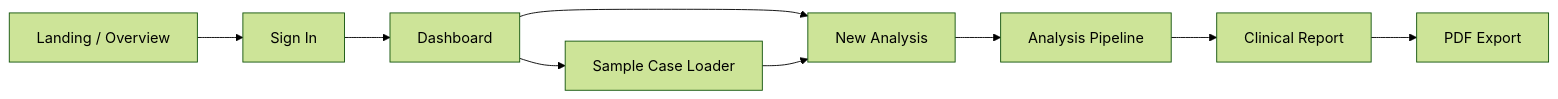
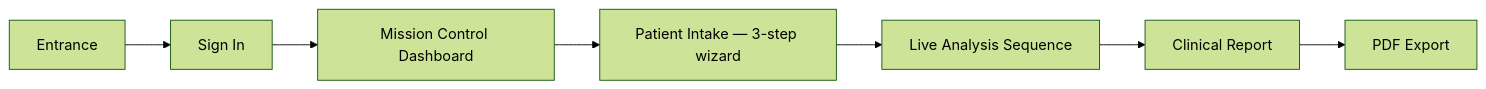
One commit to vishva2410/ONCO-DETECT- changed the first of 5 diagrams in oncodetect/README.md. Above: the diagram before and after it, drawn with Mermaid (forest theme). The commit also changed other lines of this file, not shown here.

Commit message:
docs: update README for v2.0 Mission Control UI redesign

````diff
--- a/oncodetect/README.md
+++ b/oncodetect/README.md
@@ -64,12 +82,9 @@
 ```mermaid
 flowchart LR
-    A["Landing / Overview"] --> B["Sign In"]
-    B --> C["Dashboard"]
-    C --> D["New Analysis"]
-    D --> E["Analysis Pipeline"]
+    A["Entrance"] --> B["Sign In"]
+    B --> C["Mission Control Dashboard"]
+    C --> D["Patient Intake — 3-step wizard"]
+    D --> E["Live Analysis Sequence"]
     E --> F["Clinical Report"]
     F --> G["PDF Export"]
-
-    C --> H["Sample Case Loader"]
-    H --> D
 ```
````
